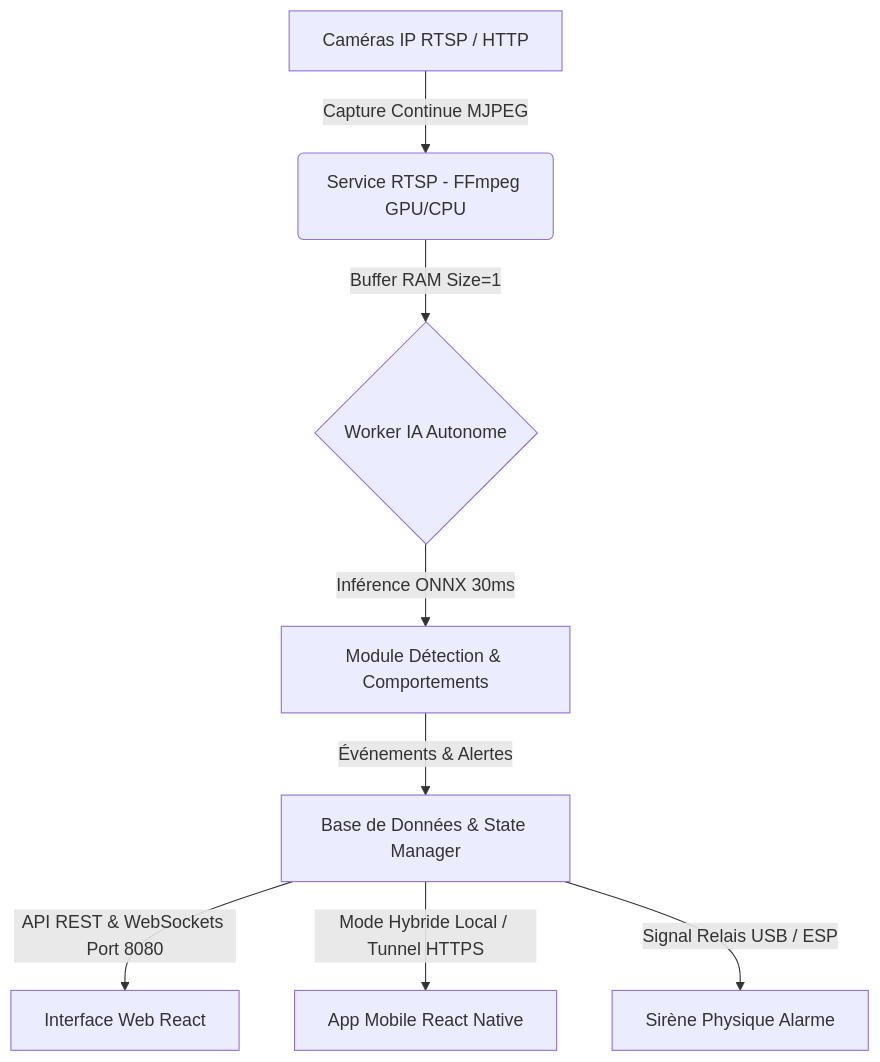
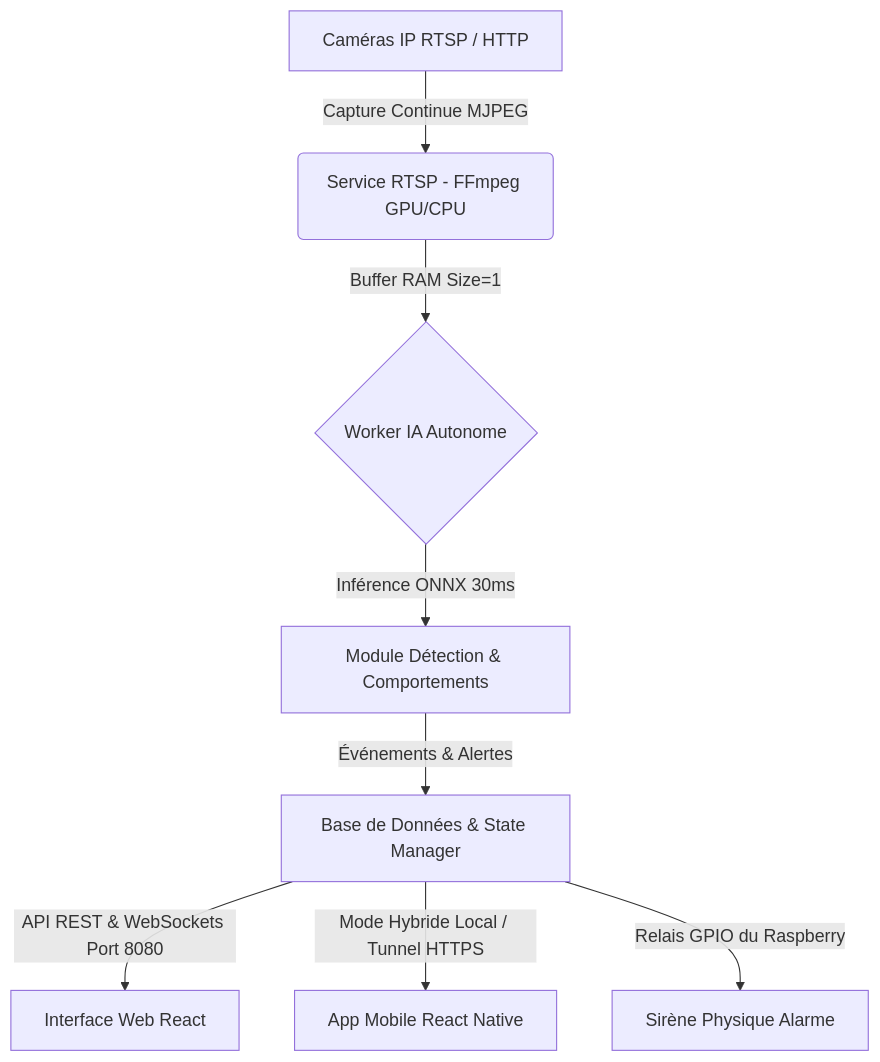
The diagram in README.md (Alya351/Previa), drawn with Mermaid before and after one commit. The commit also changed 33 other files, not shown here.

````diff
--- a/README.md
+++ b/README.md
@@ -38,10 +38,10 @@
 ```mermaid
 graph TD
     A[Caméras IP RTSP / HTTP] -->|Capture Continue MJPEG| B(Service RTSP - FFmpeg GPU/CPU)
     B -->|Buffer RAM Size=1| C{Worker IA Autonome}
     C -->|Inférence ONNX 30ms| D[Module Détection & Comportements]
     D -->|Événements & Alertes| E[Base de Données & State Manager]
     E -->|API REST & WebSockets Port 8080| F[Interface Web React]
     E -->|Mode Hybride Local / Tunnel HTTPS| G[App Mobile React Native]
-    E -->|Signal Relais USB / ESP| H[Sirène Physique Alarme]
+    E -->|Relais GPIO du Raspberry| H[Sirène Physique Alarme]
 ```
````
